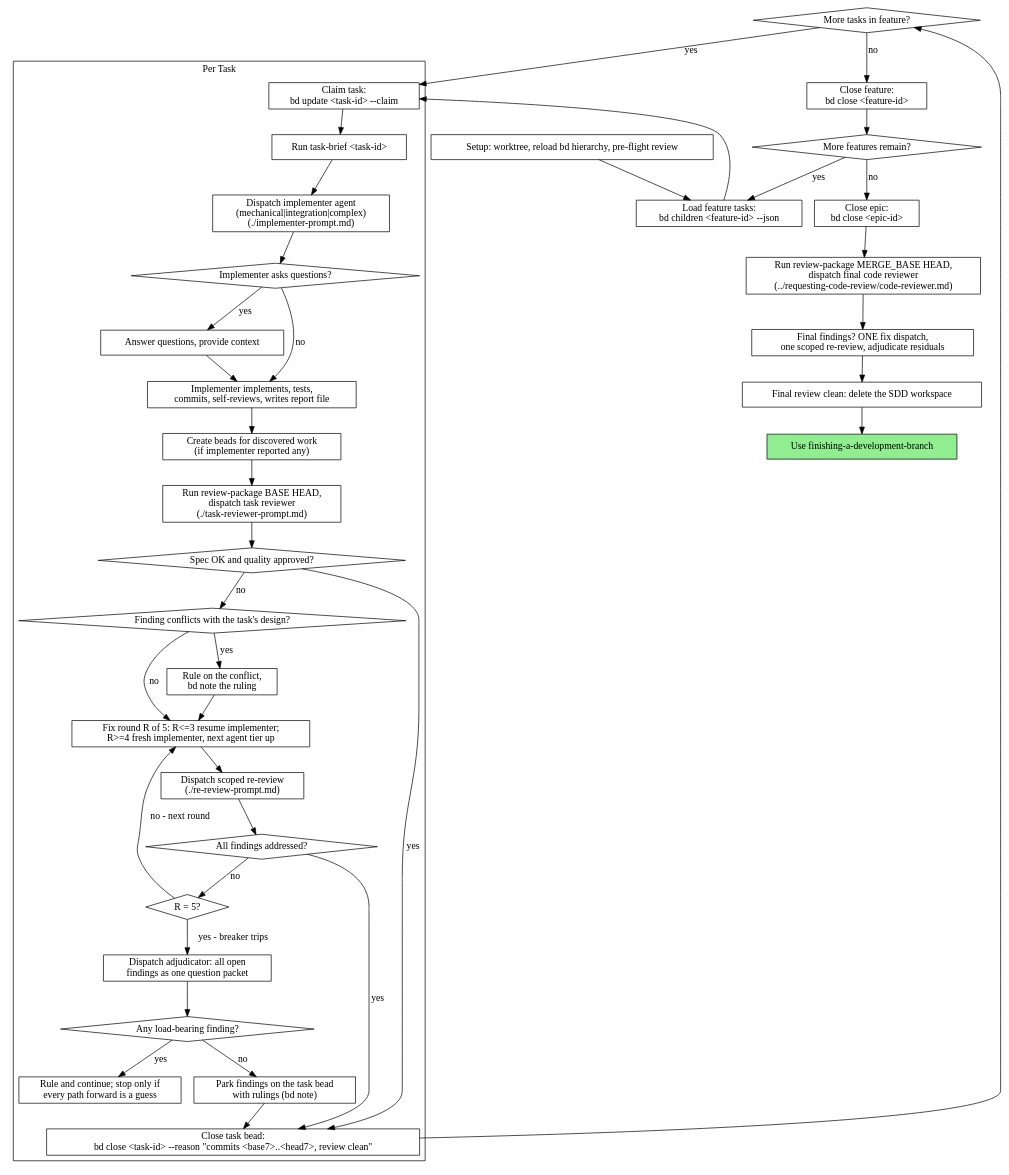
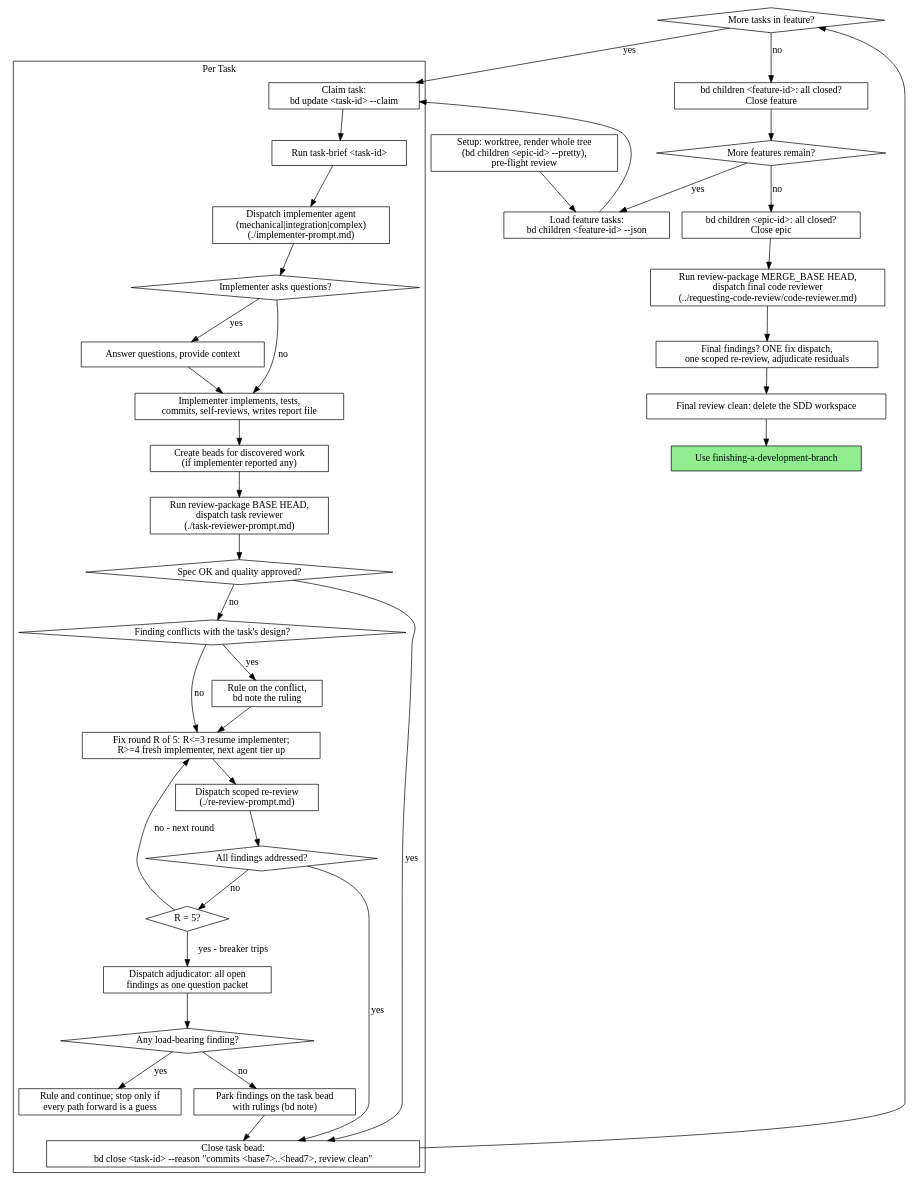
One commit to jwp23/joe-bag-of-tricks changed the second of 2 diagrams in plugins/joe-bag-of-tricks/skills/subagent-driven-development/SKILL.md. Above: the diagram before and after it, drawn with Graphviz. The commit also changed other lines of this file and 2 other files, not shown here.

Commit message:
fix: make SDD hierarchy traversal count-checkable and gate parent closes (#45)

````diff
--- a/plugins/joe-bag-of-tricks/skills/subagent-driven-development/SKILL.md
+++ b/plugins/joe-bag-of-tricks/skills/subagent-driven-development/SKILL.md
@@ -61,77 +61,77 @@
 ```dot
 digraph process {
     rankdir=TB;
 
     subgraph cluster_per_task {
         label="Per Task";
         "Claim task:\nbd update <task-id> --claim" [shape=box];
         "Run task-brief <task-id>" [shape=box];
         "Dispatch implementer agent\n(mechanical|integration|complex)\n(./implementer-prompt.md)" [shape=box];
         "Implementer asks questions?" [shape=diamond];
         "Answer questions, provide context" [shape=box];
         "Implementer implements, tests,\ncommits, self-reviews, writes report file" [shape=box];
         "Create beads for discovered work\n(if implementer reported any)" [shape=box];
         "Run review-package BASE HEAD,\ndispatch task reviewer\n(./task-reviewer-prompt.md)" [shape=box];
         "Spec OK and quality approved?" [shape=diamond];
         "Finding conflicts with the task's design?" [shape=diamond];
         "Rule on the conflict,\nbd note the ruling" [shape=box];
         "Fix round R of 5: R<=3 resume implementer;\nR>=4 fresh implementer, next agent tier up" [shape=box];
         "Dispatch scoped re-review\n(./re-review-prompt.md)" [shape=box];
         "All findings addressed?" [shape=diamond];
         "R = 5?" [shape=diamond];
         "Dispatch adjudicator: all open\nfindings as one question packet" [shape=box];
         "Any load-bearing finding?" [shape=diamond];
         "Rule and continue; stop only if\nevery path forward is a guess" [shape=box];
         "Park findings on the task bead\nwith rulings (bd note)" [shape=box];
         "Close task bead:\nbd close <task-id> --reason \"commits <base7>..<head7>, review clean\"" [shape=box];
     }
 
-    "Setup: worktree, reload bd hierarchy, pre-flight review" [shape=box];
+    "Setup: worktree, render whole tree\n(bd children <epic-id> --pretty),\npre-flight review" [shape=box];
     "Load feature tasks:\nbd children <feature-id> --json" [shape=box];
     "More tasks in feature?" [shape=diamond];
-    "Close feature:\nbd close <feature-id>" [shape=box];
+    "bd children <feature-id>: all closed?\nClose feature" [shape=box];
     "More features remain?" [shape=diamond];
-    "Close epic:\nbd close <epic-id>" [shape=box];
+    "bd children <epic-id>: all closed?\nClose epic" [shape=box];
     "Run review-package MERGE_BASE HEAD,\ndispatch final code reviewer\n(../requesting-code-review/code-reviewer.md)" [shape=box];
     "Final findings? ONE fix dispatch,\none scoped re-review, adjudicate residuals" [shape=box];
     "Final review clean: delete the SDD workspace" [shape=box];
     "Use finishing-a-development-branch" [shape=box style=filled fillcolor=lightgreen];
 
-    "Setup: worktree, reload bd hierarchy, pre-flight review" -> "Load feature tasks:\nbd children <feature-id> --json";
+    "Setup: worktree, render whole tree\n(bd children <epic-id> --pretty),\npre-flight review" -> "Load feature tasks:\nbd children <feature-id> --json";
     "Load feature tasks:\nbd children <feature-id> --json" -> "Claim task:\nbd update <task-id> --claim";
     "Claim task:\nbd update <task-id> --claim" -> "Run task-brief <task-id>";
     "Run task-brief <task-id>" -> "Dispatch implementer agent\n(mechanical|integration|complex)\n(./implementer-prompt.md)";
     "Dispatch implementer agent\n(mechanical|integration|complex)\n(./implementer-prompt.md)" -> "Implementer asks questions?";
     "Implementer asks questions?" -> "Answer questions, provide context" [label="yes"];
     "Answer questions, provide context" -> "Implementer implements, tests,\ncommits, self-reviews, writes report file";
     "Implementer asks questions?" -> "Implementer implements, tests,\ncommits, self-reviews, writes report file" [label="no"];
     "Implementer implements, tests,\ncommits, self-reviews, writes report file" -> "Create beads for discovered work\n(if implementer reported any)";
     "Create beads for discovered work\n(if implementer reported any)" -> "Run review-package BASE HEAD,\ndispatch task reviewer\n(./task-reviewer-prompt.md)";
     "Run review-package BASE HEAD,\ndispatch task reviewer\n(./task-reviewer-prompt.md)" -> "Spec OK and quality approved?";
     "Spec OK and quality approved?" -> "Close task bead:\nbd close <task-id> --reason \"commits <base7>..<head7>, review clean\"" [label="yes"];
     "Spec OK and quality approved?" -> "Finding conflicts with the task's design?" [label="no"];
     "Finding conflicts with the task's design?" -> "Rule on the conflict,\nbd note the ruling" [label="yes"];
     "Rule on the conflict,\nbd note the ruling" -> "Fix round R of 5: R<=3 resume implementer;\nR>=4 fresh implementer, next agent tier up";
     "Finding conflicts with the task's design?" -> "Fix round R of 5: R<=3 resume implementer;\nR>=4 fresh implementer, next agent tier up" [label="no"];
     "Fix round R of 5: R<=3 resume implementer;\nR>=4 fresh implementer, next agent tier up" -> "Dispatch scoped re-review\n(./re-review-prompt.md)";
     "Dispatch scoped re-review\n(./re-review-prompt.md)" -> "All findings addressed?";
     "All findings addressed?" -> "Close task bead:\nbd close <task-id> --reason \"commits <base7>..<head7>, review clean\"" [label="yes"];
     "All findings addressed?" -> "R = 5?" [label="no"];
     "R = 5?" -> "Fix round R of 5: R<=3 resume implementer;\nR>=4 fresh implementer, next agent tier up" [label="no - next round"];
     "R = 5?" -> "Dispatch adjudicator: all open\nfindings as one question packet" [label="yes - breaker trips"];
     "Dispatch adjudicator: all open\nfindings as one question packet" -> "Any load-bearing finding?";
     "Any load-bearing finding?" -> "Rule and continue; stop only if\nevery path forward is a guess" [label="yes"];
     "Any load-bearing finding?" -> "Park findings on the task bead\nwith rulings (bd note)" [label="no"];
     "Park findings on the task bead\nwith rulings (bd note)" -> "Close task bead:\nbd close <task-id> --reason \"commits <base7>..<head7>, review clean\"";
     "Close task bead:\nbd close <task-id> --reason \"commits <base7>..<head7>, review clean\"" -> "More tasks in feature?";
     "More tasks in feature?" -> "Claim task:\nbd update <task-id> --claim" [label="yes"];
-    "More tasks in feature?" -> "Close feature:\nbd close <feature-id>" [label="no"];
-    "Close feature:\nbd close <feature-id>" -> "More features remain?";
+    "More tasks in feature?" -> "bd children <feature-id>: all closed?\nClose feature" [label="no"];
+    "bd children <feature-id>: all closed?\nClose feature" -> "More features remain?";
     "More features remain?" -> "Load feature tasks:\nbd children <feature-id> --json" [label="yes"];
-    "More features remain?" -> "Close epic:\nbd close <epic-id>" [label="no"];
-    "Close epic:\nbd close <epic-id>" -> "Run review-package MERGE_BASE HEAD,\ndispatch final code reviewer\n(../requesting-code-review/code-reviewer.md)";
+    "More features remain?" -> "bd children <epic-id>: all closed?\nClose epic" [label="no"];
+    "bd children <epic-id>: all closed?\nClose epic" -> "Run review-package MERGE_BASE HEAD,\ndispatch final code reviewer\n(../requesting-code-review/code-reviewer.md)";
     "Run review-package MERGE_BASE HEAD,\ndispatch final code reviewer\n(../requesting-code-review/code-reviewer.md)" -> "Final findings? ONE fix dispatch,\none scoped re-review, adjudicate residuals";
     "Final findings? ONE fix dispatch,\none scoped re-review, adjudicate residuals" -> "Final review clean: delete the SDD workspace";
     "Final review clean: delete the SDD workspace" -> "Use finishing-a-development-branch";
 }
 ```
````
